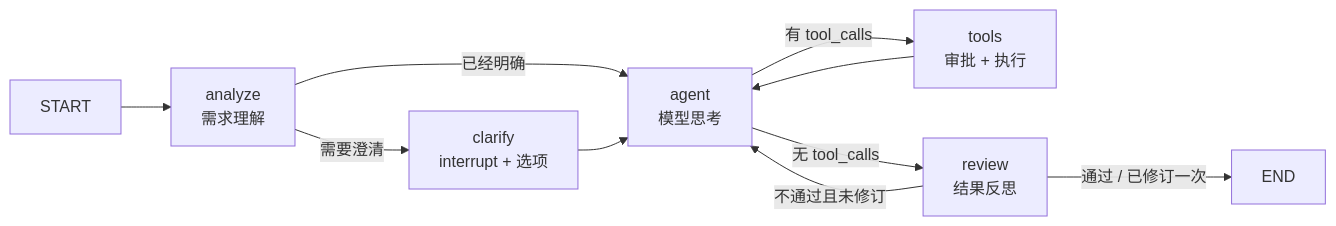
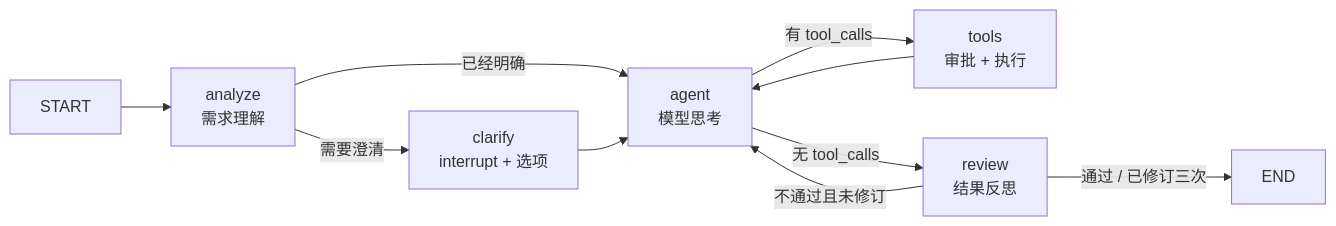
Before and after one commit to AIR-DUSTER1/agent-atlas: the second of 5 diagrams in docs/agent-orchestration.md, drawn with Mermaid. The commit also changed other lines of this file and 5 other files, not shown here.

````diff
--- a/docs/agent-orchestration.md
+++ b/docs/agent-orchestration.md
@@ -149,12 +149,12 @@
 ```mermaid
 flowchart LR
   START --> ANALYZE["analyze<br/>需求理解"]
   ANALYZE -->|"需要澄清"| CLARIFY["clarify<br/>interrupt + 选项"]
   ANALYZE -->|"已经明确"| AGENT["agent<br/>模型思考"]
   CLARIFY --> AGENT
   AGENT -->|"有 tool_calls"| TOOLS["tools<br/>审批 + 执行"]
   AGENT -->|"无 tool_calls"| REVIEW["review<br/>结果反思"]
   TOOLS --> AGENT
   REVIEW -->|"不通过且未修订"| AGENT
-  REVIEW -->|"通过 / 已修订一次"| END
+  REVIEW -->|"通过 / 已修订三次"| END
 ```
````
